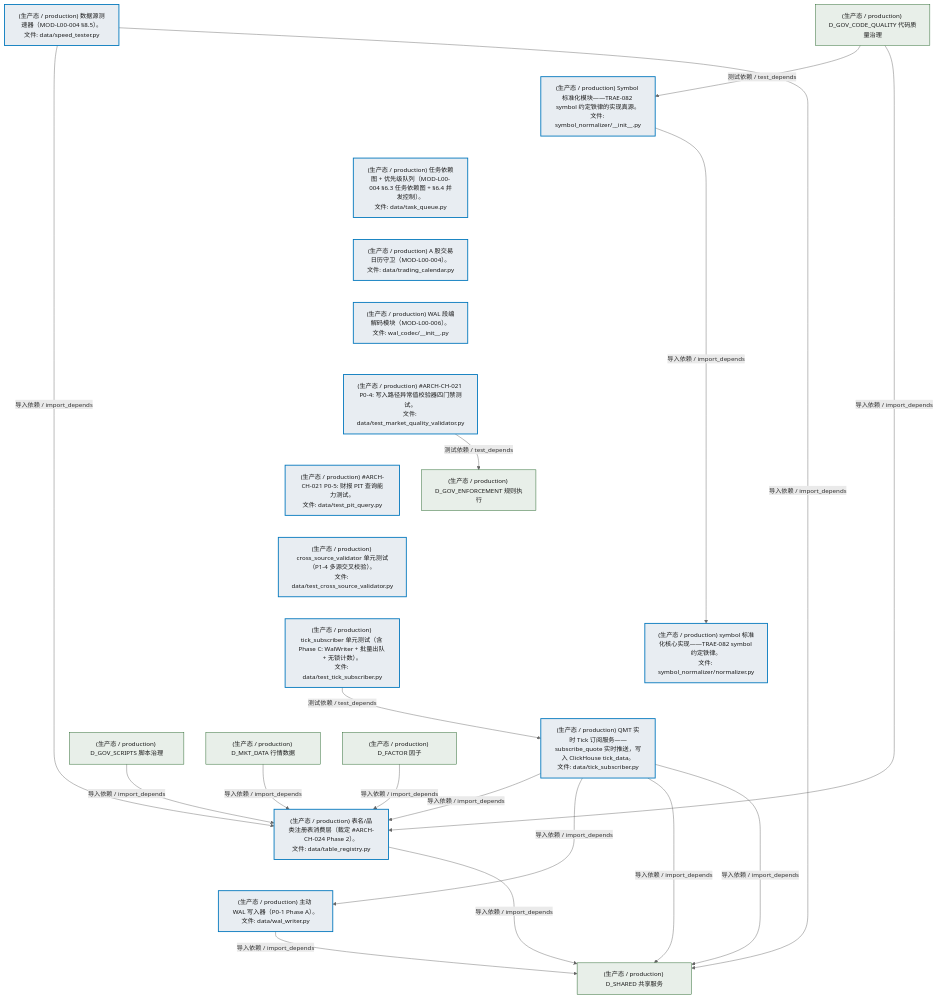
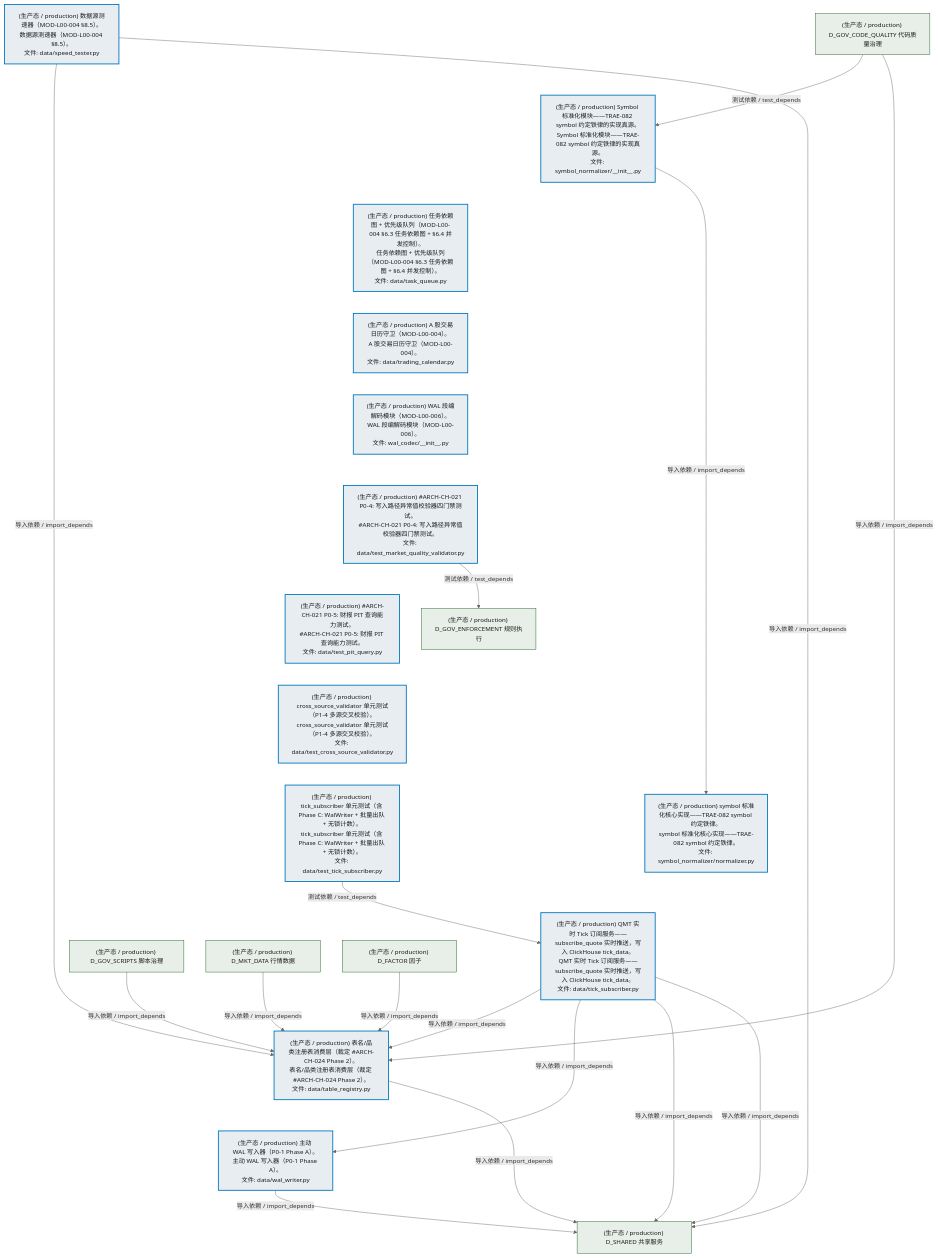
One commit to xuanFelixVan/ZephyrAlpha changed the sixth of 9 diagrams in docs/02_enterprise_architecture/02_domain_architecture_docs/11_d_data.md. Above: the diagram before and after it, drawn with Mermaid. The commit also changed other lines of this file and 80 other files, not shown here.

````diff
--- a/docs/02_enterprise_architecture/02_domain_architecture_docs/11_d_data.md
+++ b/docs/02_enterprise_architecture/02_domain_architecture_docs/11_d_data.md
@@ -734,55 +736,55 @@
 ```mermaid
 %%{init: {'theme': 'base', 'themeVariables': {'primaryColor': '#eaeaea', 'primaryTextColor': '#333333', 'primaryBorderColor': '#666666', 'lineColor': '#666666', 'secondaryColor': '#eaeaea', 'tertiaryColor': '#eaeaea', 'fontSize': '14px'}}}%%
 flowchart TD
-    src_zephyr_data_speed_tester_py["(生产态 / production) 数据源测速器（MOD-L00-004 §8.5）。<br/>文件: data/speed_tester.py"]
-    src_zephyr_data_symbol_normalizer_init_py["(生产态 / production) Symbol 标准化模块——TRAE-082 symbol 约定铁律的实现真源。<br/>文件: symbol_normalizer/__init__.py"]
-    src_zephyr_data_task_queue_py["(生产态 / production) 任务依赖图 + 优先级队列（MOD-L00-004 §6.3 任务依赖图 + §6.4 并发控制）。<br/>文件: data/task_queue.py"]
-    src_zephyr_data_trading_calendar_py["(生产态 / production) A 股交易日历守卫（MOD-L00-004）。<br/>文件: data/trading_calendar.py"]
-    src_zephyr_data_wal_codec_init_py["(生产态 / production) WAL 段编解码模块（MOD-L00-006）。<br/>文件: wal_codec/__init__.py"]
-    tests_data_test_market_quality_validator_py["(生产态 / production) #ARCH-CH-021 P0-4: 写入路径异常值校验器四门禁测试。<br/>文件: data/test_market_quality_validator.py"]
-    tests_data_test_pit_query_py["(生产态 / production) #ARCH-CH-021 P0-5: 财报 PIT 查询能力测试。<br/>文件: data/test_pit_query.py"]
-    tests_zephyr_data_test_cross_source_validator_py["(生产态 / production) cross_source_validator 单元测试（P1-4 多源交叉校验）。<br/>文件: data/test_cross_source_validator.py"]
-    tests_zephyr_data_test_tick_subscriber_py["(生产态 / production) tick_subscriber 单元测试（含 Phase C: WalWriter + 批量出队 + 无锁计数）。<br/>文件: data/test_tick_subscriber.py"]
+    src_zephyr_data_speed_tester_py["(生产态 / production) 数据源测速器（MOD-L00-004 §8.5）。<br/>数据源测速器（MOD-L00-004 §8.5）。<br/>文件: data/speed_tester.py"]
+    src_zephyr_data_symbol_normalizer_init_py["(生产态 / production) Symbol 标准化模块——TRAE-082 symbol 约定铁律的实现真源。<br/>Symbol 标准化模块——TRAE-082 symbol 约定铁律的实现真源。<br/>文件: symbol_normalizer/__init__.py"]
+    src_zephyr_data_task_queue_py["(生产态 / production) 任务依赖图 + 优先级队列（MOD-L00-004 §6.3 任务依赖图 + §6.4 并发控制）。<br/>任务依赖图 + 优先级队列（MOD-L00-004 §6.3 任务依赖图 + §6.4 并发控制）。<br/>文件: data/task_queue.py"]
+    src_zephyr_data_trading_calendar_py["(生产态 / production) A 股交易日历守卫（MOD-L00-004）。<br/>A 股交易日历守卫（MOD-L00-004）。<br/>文件: data/trading_calendar.py"]
+    src_zephyr_data_wal_codec_init_py["(生产态 / production) WAL 段编解码模块（MOD-L00-006）。<br/>WAL 段编解码模块（MOD-L00-006）。<br/>文件: wal_codec/__init__.py"]
+    tests_data_test_market_quality_validator_py["(生产态 / production) #ARCH-CH-021 P0-4: 写入路径异常值校验器四门禁测试。<br/>#ARCH-CH-021 P0-4: 写入路径异常值校验器四门禁测试。<br/>文件: data/test_market_quality_validator.py"]
+    tests_data_test_pit_query_py["(生产态 / production) #ARCH-CH-021 P0-5: 财报 PIT 查询能力测试。<br/>#ARCH-CH-021 P0-5: 财报 PIT 查询能力测试。<br/>文件: data/test_pit_query.py"]
+    tests_zephyr_data_test_cross_source_validator_py["(生产态 / production) cross_source_validator 单元测试（P1-4 多源交叉校验）。<br/>cross_source_validator 单元测试（P1-4 多源交叉校验）。<br/>文件: data/test_cross_source_validator.py"]
+    tests_zephyr_data_test_tick_subscriber_py["(生产态 / production) tick_subscriber 单元测试（含 Phase C: WalWriter + 批量出队 + 无锁计数）。<br/>tick_subscriber 单元测试（含 Phase C: WalWriter + 批量出队 + 无锁计数）。<br/>文件: data/test_tick_subscriber.py"]
     src_zephyr_data_speed_tester_py ~~~ src_zephyr_data_symbol_normalizer_init_py
     src_zephyr_data_symbol_normalizer_init_py ~~~ src_zephyr_data_task_queue_py
     src_zephyr_data_task_queue_py ~~~ src_zephyr_data_trading_calendar_py
     src_zephyr_data_trading_calendar_py ~~~ src_zephyr_data_wal_codec_init_py
     src_zephyr_data_wal_codec_init_py ~~~ tests_data_test_market_quality_validator_py
     tests_data_test_market_quality_validator_py ~~~ tests_data_test_pit_query_py
     tests_data_test_pit_query_py ~~~ tests_zephyr_data_test_cross_source_validator_py
     tests_zephyr_data_test_cross_source_validator_py ~~~ tests_zephyr_data_test_tick_subscriber_py
-    src_zephyr_data_symbol_normalizer_normalizer_py["(生产态 / production) symbol 标准化核心实现——TRAE-082 symbol 约定铁律。<br/>文件: symbol_normalizer/normalizer.py"]
-    src_zephyr_data_tick_subscriber_py["(生产态 / production) QMT 实时 Tick 订阅服务——subscribe_quote 实时推送，写入 ClickHouse tick_data。<br/>文件: data/tick_subscriber.py"]
+    src_zephyr_data_symbol_normalizer_normalizer_py["(生产态 / production) symbol 标准化核心实现——TRAE-082 symbol 约定铁律。<br/>symbol 标准化核心实现——TRAE-082 symbol 约定铁律。<br/>文件: symbol_normalizer/normalizer.py"]
+    src_zephyr_data_tick_subscriber_py["(生产态 / production) QMT 实时 Tick 订阅服务——subscribe_quote 实时推送，写入 ClickHouse tick_data。<br/>QMT 实时 Tick 订阅服务——subscribe_quote 实时推送，写入 ClickHouse tick_data。<br/>文件: data/tick_subscriber.py"]
     src_zephyr_data_symbol_normalizer_normalizer_py ~~~ src_zephyr_data_tick_subscriber_py
-    src_zephyr_data_table_registry_py["(生产态 / production) 表名/品类注册表消费层（裁定 #ARCH-CH-024 Phase 2）。<br/>文件: data/table_registry.py"]
-    src_zephyr_data_wal_writer_py["(生产态 / production) 主动 WAL 写入器（P0-1 Phase A）。<br/>文件: data/wal_writer.py"]
+    src_zephyr_data_table_registry_py["(生产态 / production) 表名/品类注册表消费层（裁定 #ARCH-CH-024 Phase 2）。<br/>表名/品类注册表消费层（裁定 #ARCH-CH-024 Phase 2）。<br/>文件: data/table_registry.py"]
+    src_zephyr_data_wal_writer_py["(生产态 / production) 主动 WAL 写入器（P0-1 Phase A）。<br/>主动 WAL 写入器（P0-1 Phase A）。<br/>文件: data/wal_writer.py"]
     src_zephyr_data_table_registry_py ~~~ src_zephyr_data_wal_writer_py
     src_zephyr_data_speed_tester_py -->|导入依赖 / import_depends| src_zephyr_data_table_registry_py
     src_zephyr_data_tick_subscriber_py -->|导入依赖 / import_depends| src_zephyr_data_table_registry_py
     src_zephyr_data_tick_subscriber_py -->|导入依赖 / import_depends| src_zephyr_data_wal_writer_py
     src_zephyr_data_symbol_normalizer_init_py -->|导入依赖 / import_depends| src_zephyr_data_symbol_normalizer_normalizer_py
     tests_zephyr_data_test_tick_subscriber_py -->|测试依赖 / test_depends| src_zephyr_data_tick_subscriber_py
     D_SHARED["(生产态 / production) D_SHARED 共享服务"]
     src_zephyr_data_tick_subscriber_py -->|导入依赖 / import_depends| D_SHARED
     src_zephyr_data_wal_writer_py -->|导入依赖 / import_depends| D_SHARED
     D_GOV_ENFORCEMENT["(生产态 / production) D_GOV_ENFORCEMENT 规则执行"]
     tests_data_test_market_quality_validator_py -->|测试依赖 / test_depends| D_GOV_ENFORCEMENT
     src_zephyr_data_table_registry_py -->|导入依赖 / import_depends| D_SHARED
     src_zephyr_data_tick_subscriber_py -->|导入依赖 / import_depends| D_SHARED
     src_zephyr_data_speed_tester_py -->|导入依赖 / import_depends| D_SHARED
     D_GOV_SCRIPTS["(生产态 / production) D_GOV_SCRIPTS 脚本治理"]
     D_GOV_SCRIPTS -->|导入依赖 / import_depends| src_zephyr_data_table_registry_py
     D_GOV_CODE_QUALITY["(生产态 / production) D_GOV_CODE_QUALITY 代码质量治理"]
     D_GOV_CODE_QUALITY -->|测试依赖 / test_depends| src_zephyr_data_symbol_normalizer_init_py
     D_MKT_DATA["(生产态 / production) D_MKT_DATA 行情数据"]
     D_MKT_DATA -->|导入依赖 / import_depends| src_zephyr_data_table_registry_py
     D_FACTOR["(生产态 / production) D_FACTOR 因子"]
     D_FACTOR -->|导入依赖 / import_depends| src_zephyr_data_table_registry_py
     D_GOV_CODE_QUALITY -->|导入依赖 / import_depends| src_zephyr_data_table_registry_py
     classDef production fill:#e8edf2,stroke:#0277bd,stroke-width:2px,color:#1a1a1a
     classDef design fill:#f0ebe3,stroke:#bf360c,stroke-width:2px,color:#1a1a1a,stroke-dasharray: 5 5
     classDef external_prod fill:#e8efe9,stroke:#1b5e20,stroke-width:1px,color:#1a1a1a
     classDef external_design fill:#efe5ea,stroke:#880e4f,stroke-width:1px,color:#1a1a1a,stroke-dasharray: 5 5
     class src_zephyr_data_speed_tester_py,src_zephyr_data_symbol_normalizer_init_py,src_zephyr_data_symbol_normalizer_normalizer_py,src_zephyr_data_table_registry_py,src_zephyr_data_task_queue_py,src_zephyr_data_tick_subscriber_py,src_zephyr_data_trading_calendar_py,src_zephyr_data_wal_codec_init_py,src_zephyr_data_wal_writer_py,tests_data_test_market_quality_validator_py,tests_data_test_pit_query_py,tests_zephyr_data_test_cross_source_validator_py,tests_zephyr_data_test_tick_subscriber_py production
     class D_SHARED,D_GOV_ENFORCEMENT,D_GOV_SCRIPTS,D_GOV_CODE_QUALITY,D_MKT_DATA,D_FACTOR external_prod
 ```
````
